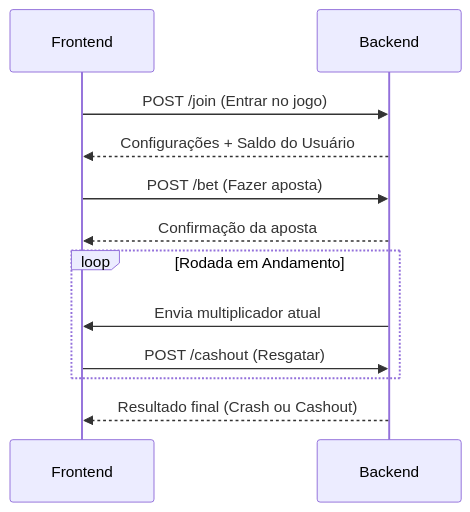
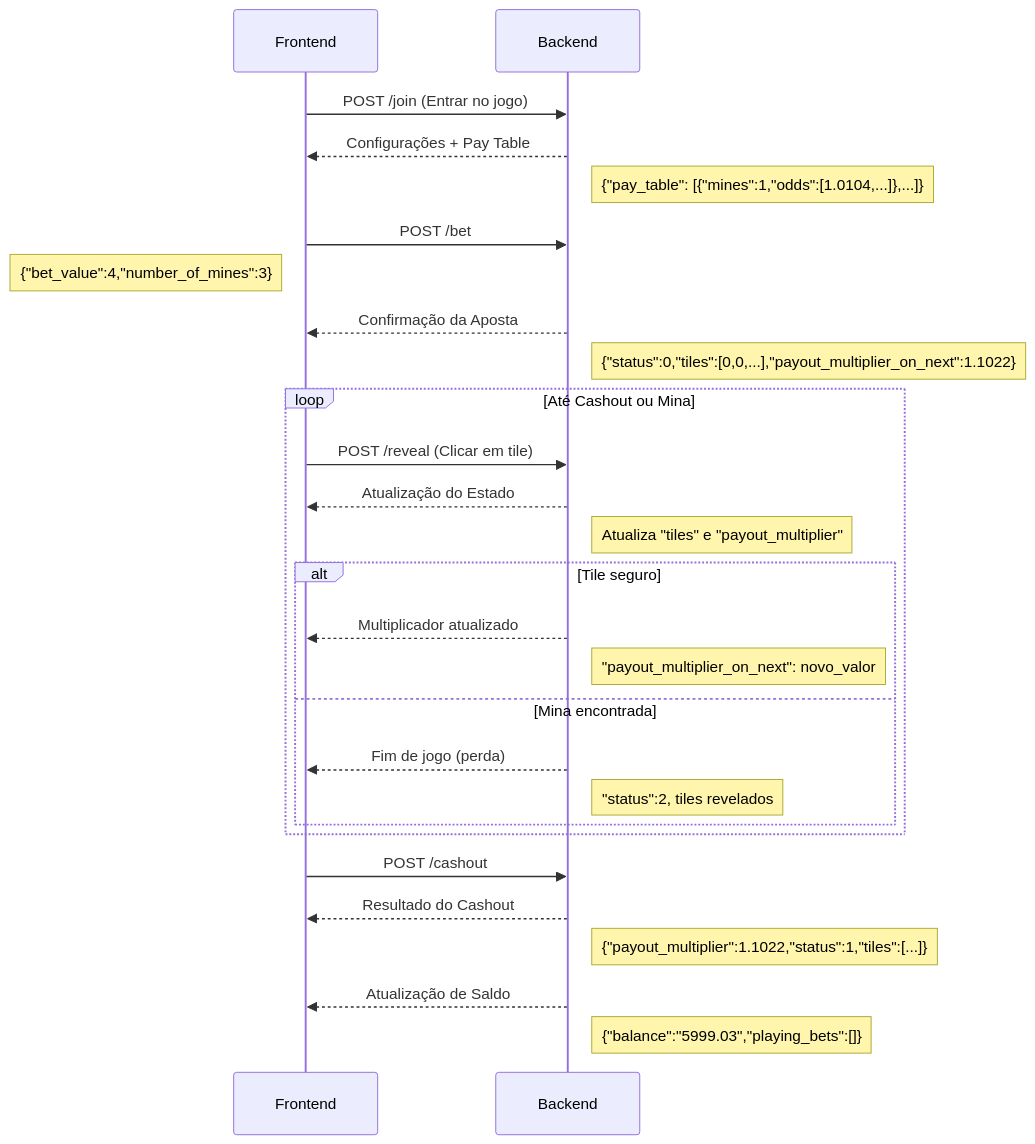
The second of 2 diagrams in README.md (valdecidanilo/BetForge), drawn with Mermaid before and after one commit.

Commit message:
Update README.md
teste mines

````diff
--- a/README.md
+++ b/README.md
@@ -45,14 +45,38 @@
 ```mermaid
 sequenceDiagram
     participant Frontend
     participant Backend
+    
+    %% Entrada no Jogo
     Frontend->>Backend: POST /join (Entrar no jogo)
-    Backend-->>Frontend: Configurações + Saldo do Usuário
-    Frontend->>Backend: POST /bet (Fazer aposta)
-    Backend-->>Frontend: Confirmação da aposta
-    loop Rodada em Andamento
-        Backend->>Frontend: Envia multiplicador atual
-        Frontend->>Backend: POST /cashout (Resgatar)
+    Backend-->>Frontend: Configurações + Pay Table
+    Note right of Backend: {"pay_table": [{"mines":1,"odds":[1.0104,...]},...]}
+    
+    %% Aposta Inicial
+    Frontend->>Backend: POST /bet 
+    Note left of Frontend: {"bet_value":4,"number_of_mines":3}
+    Backend-->>Frontend: Confirmação da Aposta
+    Note right of Backend: {"status":0,"tiles":[0,0,...],"payout_multiplier_on_next":1.1022}
+    
+    %% Loop de Jogadas
+    loop Até Cashout ou Mina
+        Frontend->>Backend: POST /reveal (Clicar em tile)
+        Backend-->>Frontend: Atualização do Estado
+        Note right of Backend: Atualiza "tiles" e "payout_multiplier"
+        
+        alt Tile seguro
+            Backend-->>Frontend: Multiplicador atualizado
+            Note right of Backend: "payout_multiplier_on_next": novo_valor
+        else Mina encontrada
+            Backend-->>Frontend: Fim de jogo (perda)
+            Note right of Backend: "status":2, tiles revelados
+        end
     end
-    Backend-->>Frontend: Resultado final (Crash ou Cashout)
+    
+    %% Cashout
+    Frontend->>Backend: POST /cashout
+    Backend-->>Frontend: Resultado do Cashout
+    Note right of Backend: {"payout_multiplier":1.1022,"status":1,"tiles":[...]}
+    Backend-->>Frontend: Atualização de Saldo
+    Note right of Backend: {"balance":"5999.03","playing_bets":[]}
 ```
````
